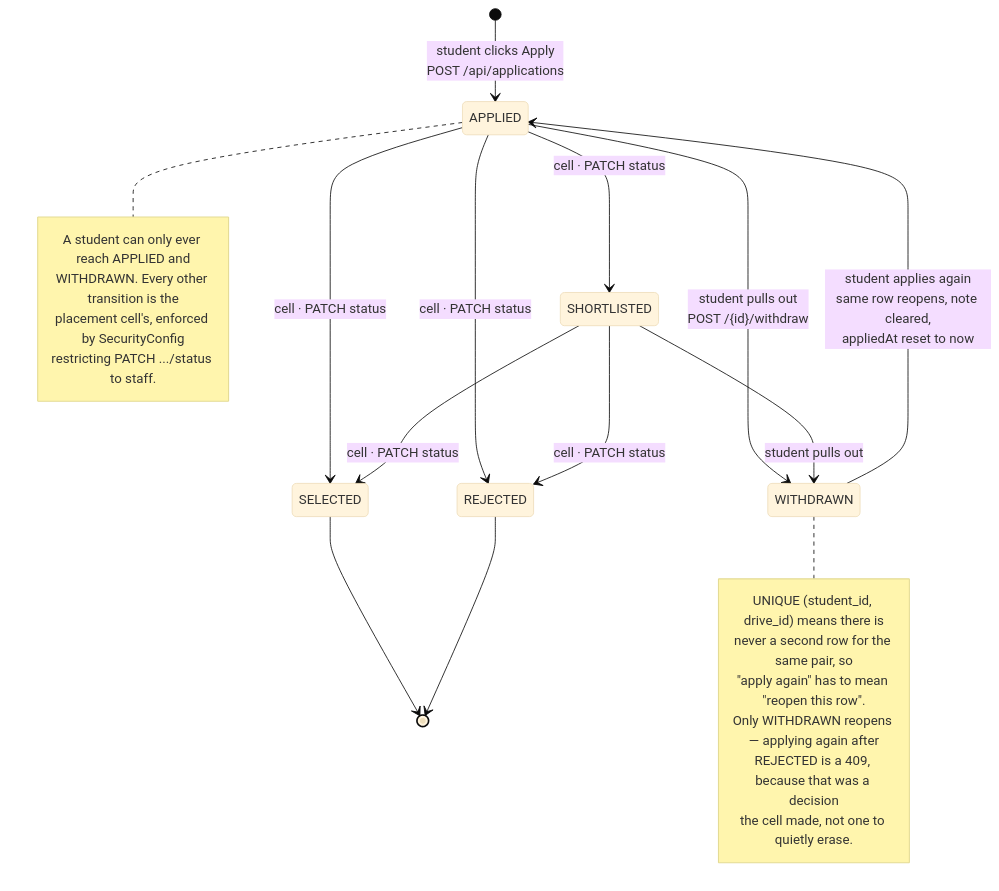
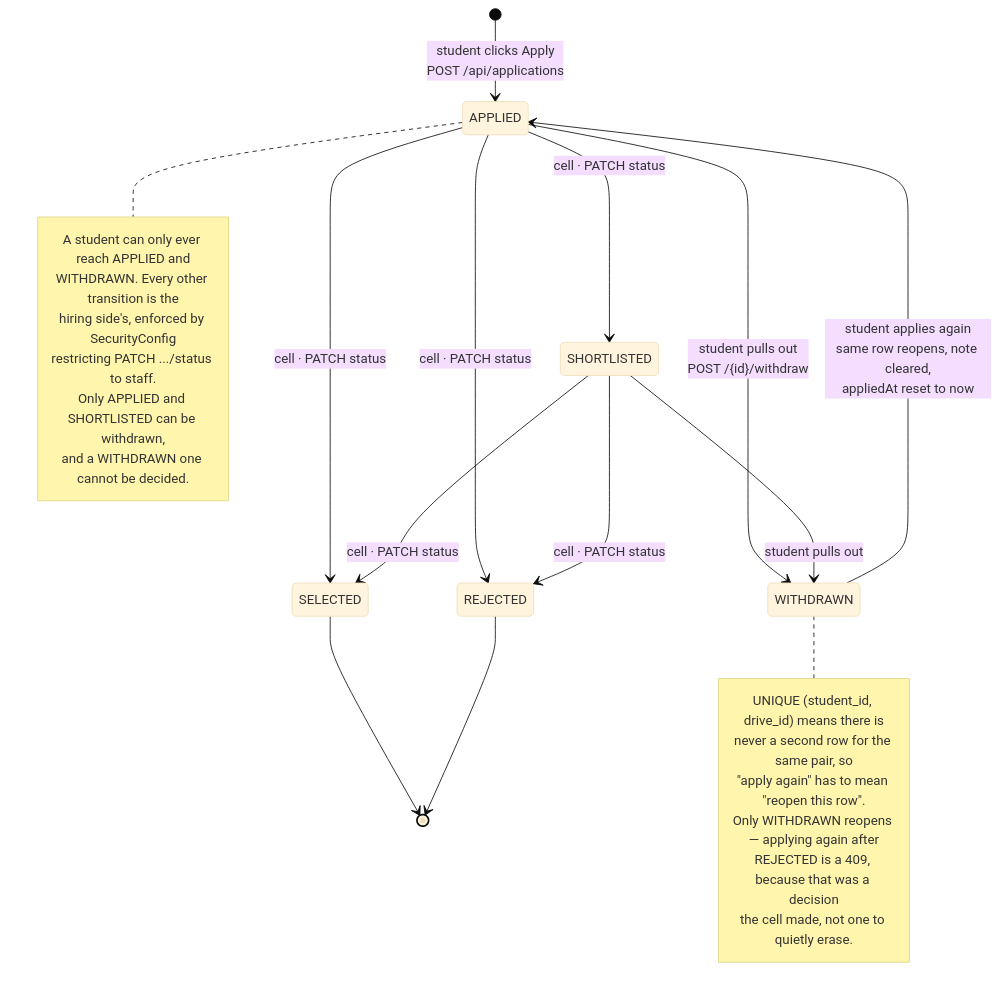
Before and after one commit to RishitheB0T/placement-prep: the fourth of 5 diagrams in README.md, drawn with Mermaid (base theme). The commit also changed other lines of this file and 1 other file, not shown here.

````diff
--- a/README.md
+++ b/README.md
@@ -245,36 +247,38 @@
 ```mermaid
 stateDiagram-v2
     direction TB
 
     [*] --> APPLIED: student clicks Apply<br/>POST /api/applications
 
     APPLIED --> SHORTLISTED: cell · PATCH status
     APPLIED --> REJECTED: cell · PATCH status
     APPLIED --> SELECTED: cell · PATCH status
     SHORTLISTED --> SELECTED: cell · PATCH status
     SHORTLISTED --> REJECTED: cell · PATCH status
 
     APPLIED --> WITHDRAWN: student pulls out<br/>POST /{id}/withdraw
     SHORTLISTED --> WITHDRAWN: student pulls out
 
     WITHDRAWN --> APPLIED: student applies again<br/>same row reopens, note cleared,<br/>appliedAt reset to now
 
     SELECTED --> [*]
     REJECTED --> [*]
 
     note right of WITHDRAWN
         UNIQUE (student_id, drive_id) means there is
         never a second row for the same pair, so
         "apply again" has to mean "reopen this row".
         Only WITHDRAWN reopens — applying again after
         REJECTED is a 409, because that was a decision
         the cell made, not one to quietly erase.
     end note
 
     note right of APPLIED
         A student can only ever reach APPLIED and
         WITHDRAWN. Every other transition is the
-        placement cell's, enforced by SecurityConfig
+        hiring side's, enforced by SecurityConfig
         restricting PATCH .../status to staff.
+        Only APPLIED and SHORTLISTED can be withdrawn,
+        and a WITHDRAWN one cannot be decided.
     end note
 ```
````
